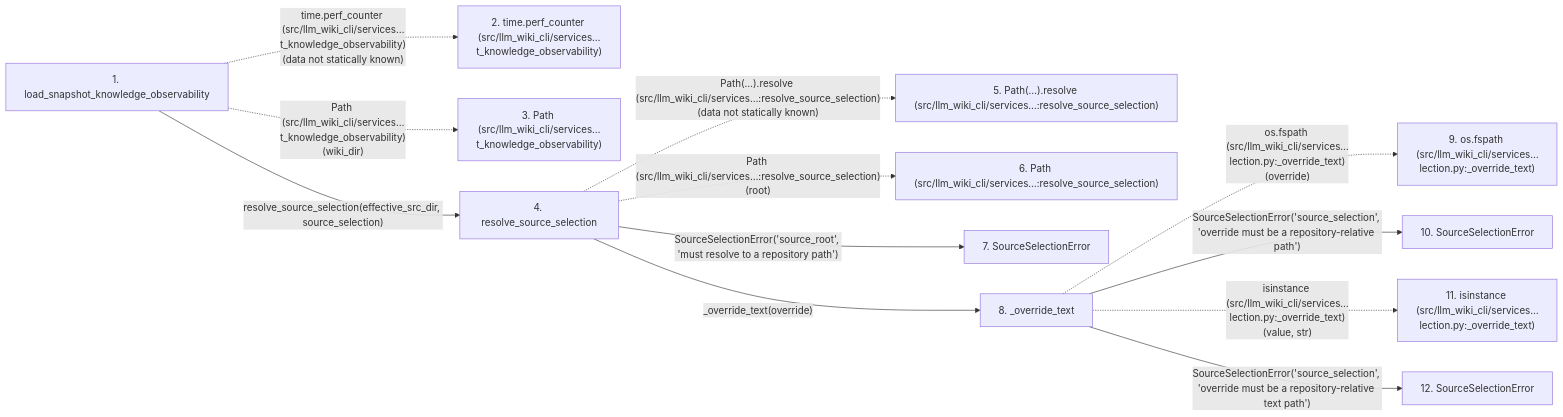
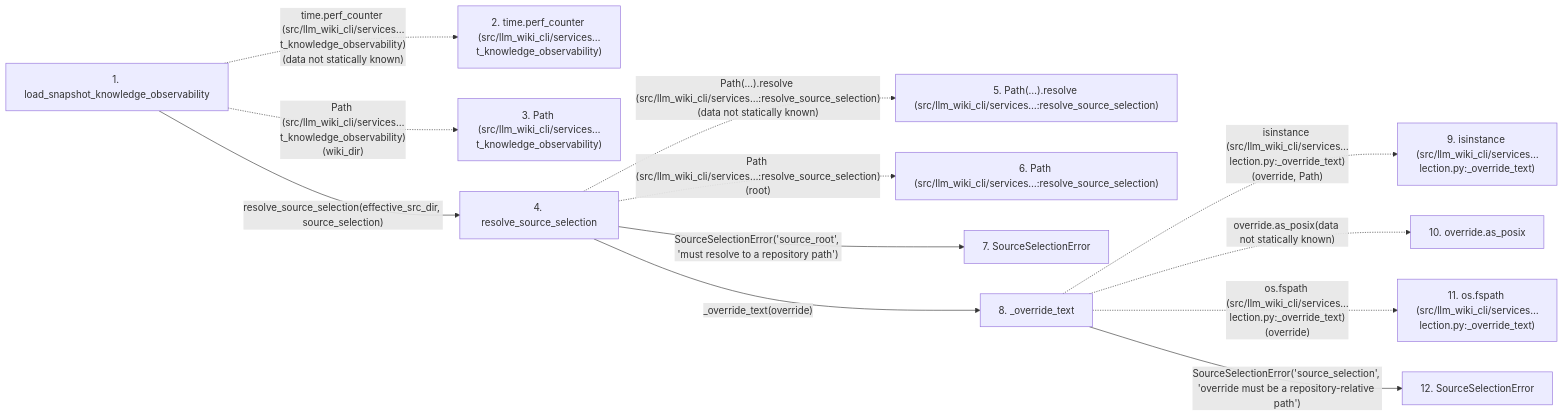
The second of 2 diagrams in docs/llm_wiki/flows/api-load_snapshot_knowledge_observability.md (Denissvgn/python-wiki-llm), drawn with Mermaid before and after one commit. The commit also changed other lines of this file and 490 other files, not shown here.

````diff
--- a/docs/llm_wiki/flows/api-load_snapshot_knowledge_observability.md
+++ b/docs/llm_wiki/flows/api-load_snapshot_knowledge_observability.md
@@ -114,32 +113,31 @@
 ```mermaid
 flowchart LR
     s1["1. load_snapshot_knowledge_observability"]
     s2["2. time.perf_counter (src/llm_wiki_cli/services…t_knowledge_observability)"]
     s3["3. Path (src/llm_wiki_cli/services…t_knowledge_observability)"]
     s4["4. resolve_source_selection"]
     s5["5. Path(…).resolve (src/llm_wiki_cli/services…:resolve_source_selection)"]
     s6["6. Path (src/llm_wiki_cli/services…:resolve_source_selection)"]
     s7["7. SourceSelectionError"]
     s8["8. _override_text"]
-    s9["9. os.fspath (src/llm_wiki_cli/services…lection.py:_override_text)"]
-    s10["10. SourceSelectionError"]
-    s11["11. isinstance (src/llm_wiki_cli/services…lection.py:_override_text)"]
+    s9["9. isinstance (src/llm_wiki_cli/services…lection.py:_override_text)"]
+    s10["10. override.as_posix"]
+    s11["11. os.fspath (src/llm_wiki_cli/services…lection.py:_override_text)"]
     s12["12. SourceSelectionError"]
     s1 -. "time.perf_counter (src/llm_wiki_cli/services…t_knowledge_observability)(data not statically known)" .-> s2
     s1 -. "Path (src/llm_wiki_cli/services…t_knowledge_observability)(wiki_dir)" .-> s3
     s1 -->|"resolve_source_selection(effective_src_dir, source_selection)"| s4
     s4 -. "Path(…).resolve (src/llm_wiki_cli/services…:resolve_source_selection)(data not statically known)" .-> s5
     s4 -. "Path (src/llm_wiki_cli/services…:resolve_source_selection)(root)" .-> s6
     s4 -->|"SourceSelectionError('source_root', 'must resolve to a repository path')"| s7
     s4 -->|"_override_text(override)"| s8
-    s8 -. "os.fspath (src/llm_wiki_cli/services…lection.py:_override_text)(override)" .-> s9
-    s8 -->|"SourceSelectionError('source_selection', 'override must be a repository-relative path')"| s10
-    s8 -. "isinstance (src/llm_wiki_cli/services…lection.py:_override_text)(value, str)" .-> s11
-    s8 -->|"SourceSelectionError('source_selection', 'override must be a repository-relative text path')"| s12
+    s8 -. "isinstance (src/llm_wiki_cli/services…lection.py:_override_text)(override, Path)" .-> s9
+    s8 -. "override.as_posix(data not statically known)" .-> s10
+    s8 -. "os.fspath (src/llm_wiki_cli/services…lection.py:_override_text)(override)" .-> s11
+    s8 -->|"SourceSelectionError('source_selection', 'override must be a repository-relative path')"| s12
     click s1 "../modules/knowledge_observability.md"
     click s4 "../modules/source_selection.md"
     click s7 "../modules/source_selection.md"
     click s8 "../modules/source_selection.md"
-    click s10 "../modules/source_selection.md"
     click s12 "../modules/source_selection.md"
 ```
````
